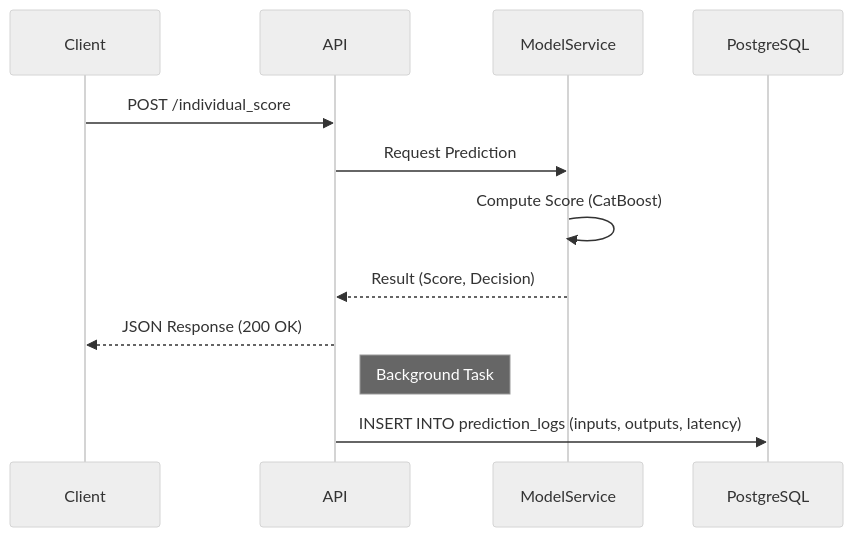
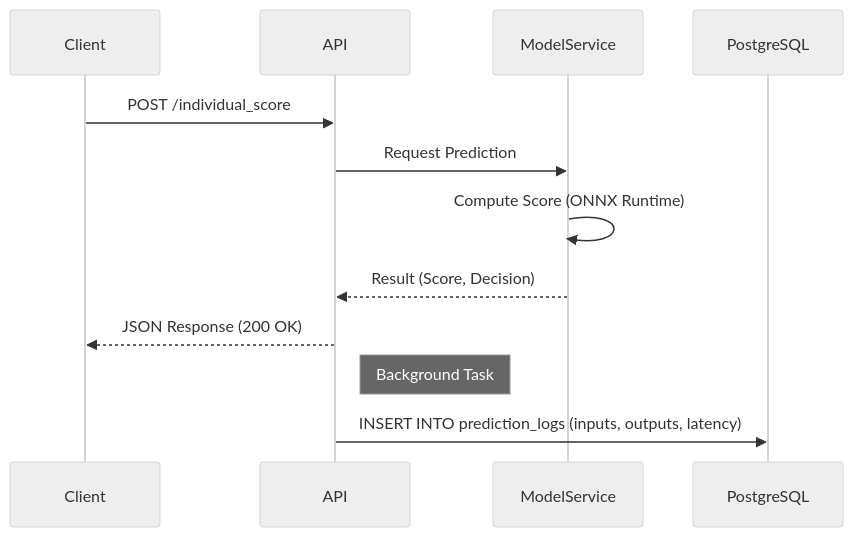
One commit to RandomFab/PRET_A_DEPENSER changed the second of 2 diagrams in README.md. Above: the diagram before and after it, drawn with Mermaid (neutral theme). The commit also changed other lines of this file, not shown here.

````diff
--- a/README.md
+++ b/README.md
@@ -164,16 +194,16 @@
 ```mermaid
 sequenceDiagram
 	participant Client
 	participant API
 	participant ModelService
 	participant DB as PostgreSQL
 
 	Client->>API: POST /individual_score
 	API->>ModelService: Request Prediction
-	ModelService->>ModelService: Compute Score (CatBoost)
+	ModelService->>ModelService: Compute Score (ONNX Runtime)
 	ModelService-->>API: Result (Score, Decision)
 	API-->>Client: JSON Response (200 OK)
 	
 	Note right of API: Background Task
 	API->>DB: INSERT INTO prediction_logs (inputs, outputs, latency)
 ```
````
